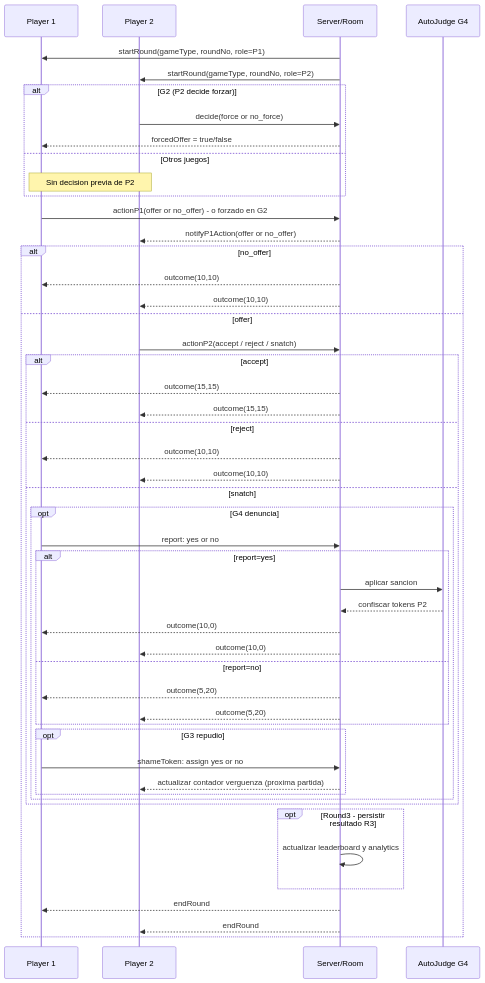
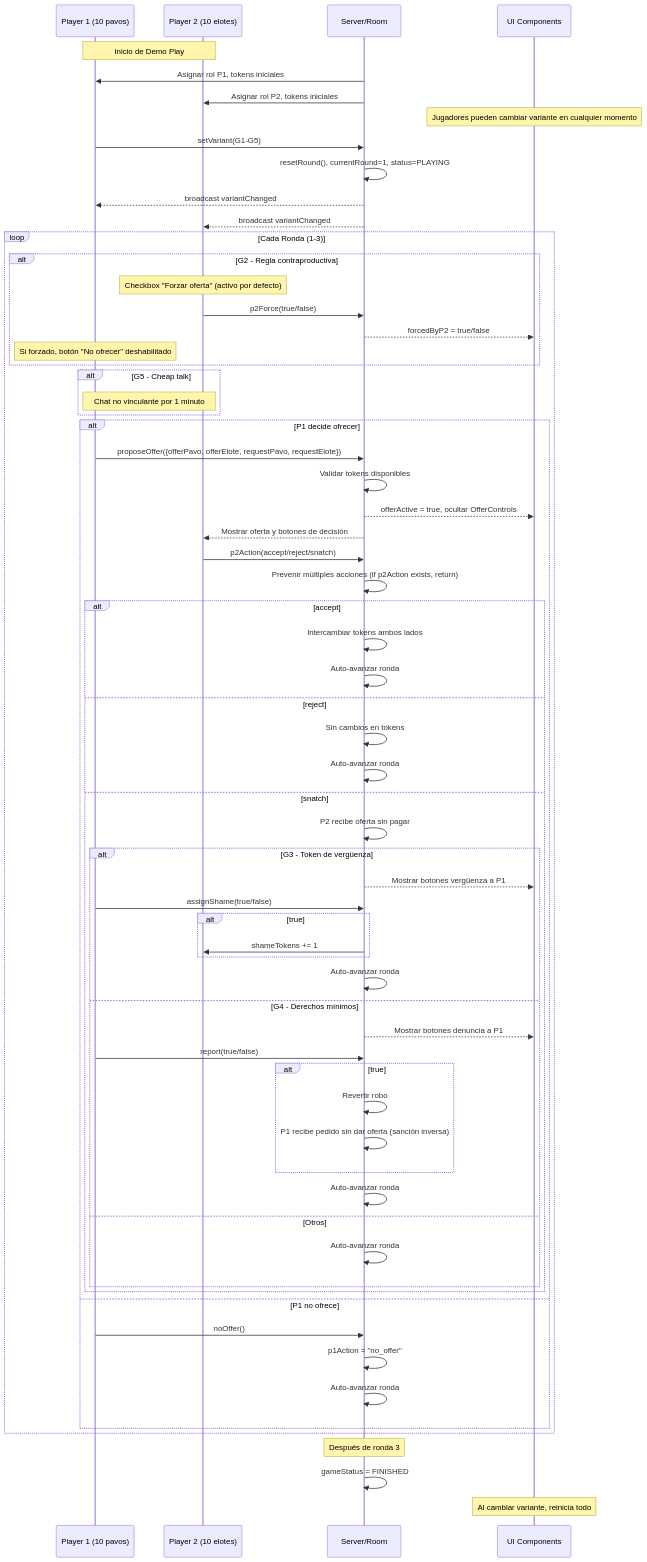
The diagram in game-sequence.mmd (josedario87/snatchgame), drawn with Mermaid before and after one commit. The commit also changed 8 other files, not shown here.

Commit message:
arreglados los mermaids

```diff
--- a/game-sequence.mmd
+++ b/game-sequence.mmd
@@ -1,55 +1,75 @@
 sequenceDiagram
-  participant P1 as Player 1
-  participant P2 as Player 2
+  participant P1 as Player 1 (10 pavos)
+  participant P2 as Player 2 (10 elotes)
   participant S as Server/Room
-  participant AJ as AutoJudge G4
+  participant UI as UI Components
 
-  S->>P1: startRound(gameType, roundNo, role=P1)
-  S->>P2: startRound(gameType, roundNo, role=P2)
+  Note over P1,P2: Inicio de Demo Play
+  S->>P1: Asignar rol P1, tokens iniciales
+  S->>P2: Asignar rol P2, tokens iniciales
+  
+  Note over UI: Jugadores pueden cambiar variante en cualquier momento
+  P1->>S: setVariant(G1-G5)
+  S->>S: resetRound(), currentRound=1, status=PLAYING
+  S-->>P1: broadcast variantChanged
+  S-->>P2: broadcast variantChanged
 
-  alt G2 (P2 decide forzar)
-    P2->>S: decide(force or no_force)
-    S-->>P1: forcedOffer = true/false
-  else Otros juegos
-    Note over P1,P2: Sin decision previa de P2
-  end
+  loop Cada Ronda (1-3)
+    alt G2 - Regla contraproductiva
+      Note over P2: Checkbox "Forzar oferta" (activo por defecto)
+      P2->>S: p2Force(true/false)
+      S-->>UI: forcedByP2 = true/false
+      Note over P1: Si forzado, botón "No ofrecer" deshabilitado
+    end
 
-  P1->>S: actionP1(offer or no_offer) - o forzado en G2
-  S-->>P2: notifyP1Action(offer or no_offer)
+    alt G5 - Cheap talk
+      Note over P1,P2: Chat no vinculante por 1 minuto
+    end
 
-  alt no_offer
-    S-->>P1: outcome(10,10)
-    S-->>P2: outcome(10,10)
-  else offer
-    P2->>S: actionP2(accept / reject / snatch)
-    alt accept
-      S-->>P1: outcome(15,15)
-      S-->>P2: outcome(15,15)
-    else reject
-      S-->>P1: outcome(10,10)
-      S-->>P2: outcome(10,10)
-    else snatch
-      opt G4 denuncia
-        P1->>S: report: yes or no
-        alt report=yes
-          S->>AJ: aplicar sancion
-          AJ-->>S: confiscar tokens P2
-          S-->>P1: outcome(10,0)
-          S-->>P2: outcome(10,0)
-        else report=no
-          S-->>P1: outcome(5,20)
-          S-->>P2: outcome(5,20)
+    alt P1 decide ofrecer
+      P1->>S: proposeOffer({offerPavo, offerElote, requestPavo, requestElote})
+      S->>S: Validar tokens disponibles
+      S-->>UI: offerActive = true, ocultar OfferControls
+      S-->>P2: Mostrar oferta y botones de decisión
+      
+      P2->>S: p2Action(accept/reject/snatch)
+      S->>S: Prevenir múltiples acciones (if p2Action exists, return)
+      
+      alt accept
+        S->>S: Intercambiar tokens ambos lados
+        S->>S: Auto-avanzar ronda
+      else reject  
+        S->>S: Sin cambios en tokens
+        S->>S: Auto-avanzar ronda
+      else snatch
+        S->>S: P2 recibe oferta sin pagar
+        
+        alt G3 - Token de vergüenza
+          S-->>UI: Mostrar botones vergüenza a P1
+          P1->>S: assignShame(true/false)
+          alt true
+            S->>P2: shameTokens += 1
+          end
+          S->>S: Auto-avanzar ronda
+        else G4 - Derechos mínimos
+          S-->>UI: Mostrar botones denuncia a P1
+          P1->>S: report(true/false)
+          alt true
+            S->>S: Revertir robo
+            S->>S: P1 recibe pedido sin dar oferta (sanción inversa)
+          end
+          S->>S: Auto-avanzar ronda
+        else Otros
+          S->>S: Auto-avanzar ronda
         end
-      opt G3 repudio
-        P1->>S: shameToken: assign yes or no
-        S-->>P2: actualizar contador verguenza (proxima partida)
-        end
+      end
+    else P1 no ofrece
+      P1->>S: noOffer()
+      S->>S: p1Action = "no_offer"
+      S->>S: Auto-avanzar ronda
     end
   end
 
-  opt Round3 - persistir resultado R3
-    S->>S: actualizar leaderboard y analytics
-  end
-  S-->>P1: endRound
-  S-->>P2: endRound
-  end
+  Note over S: Después de ronda 3
+  S->>S: gameStatus = FINISHED
+  Note over UI: Al cambiar variante, reinicia todo
```
